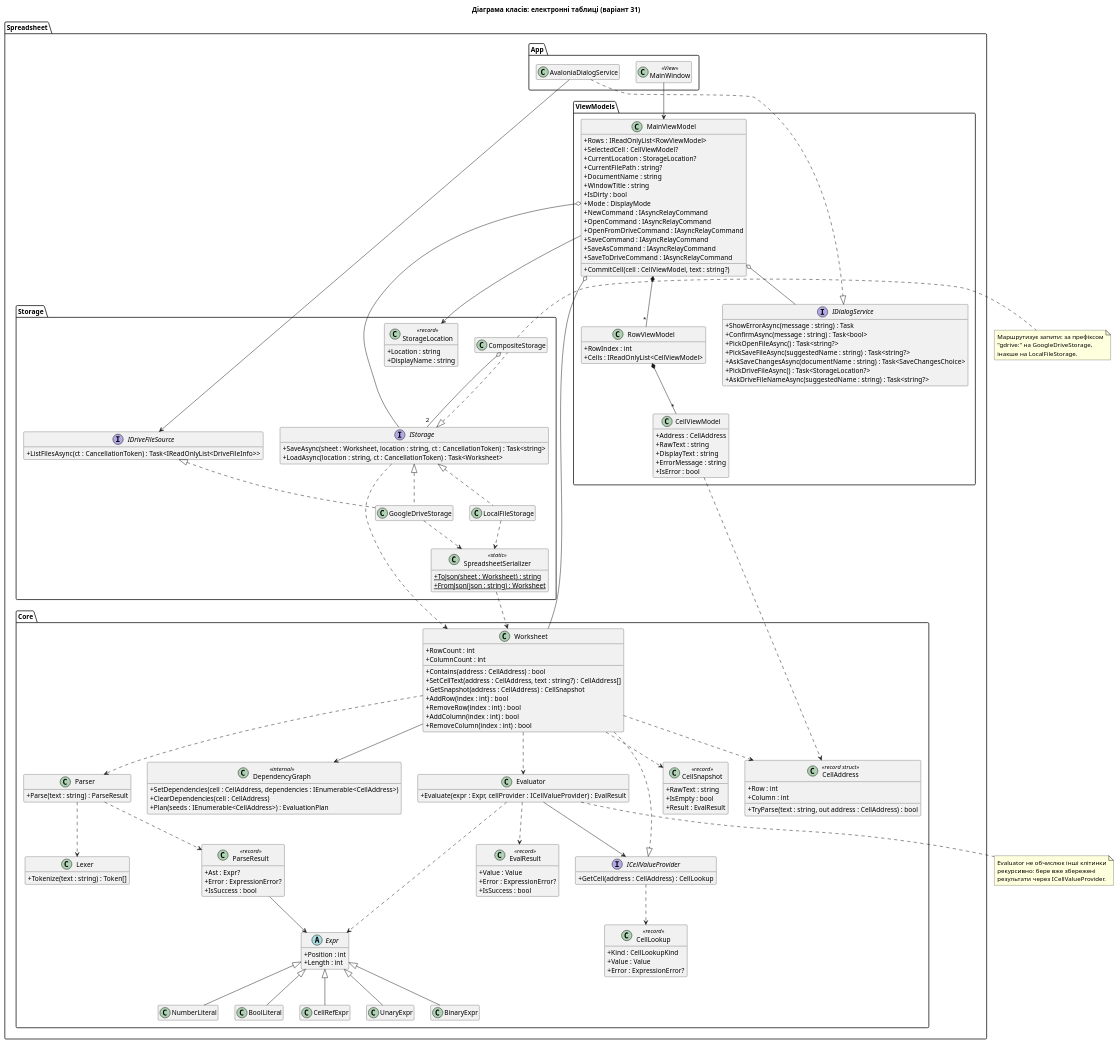
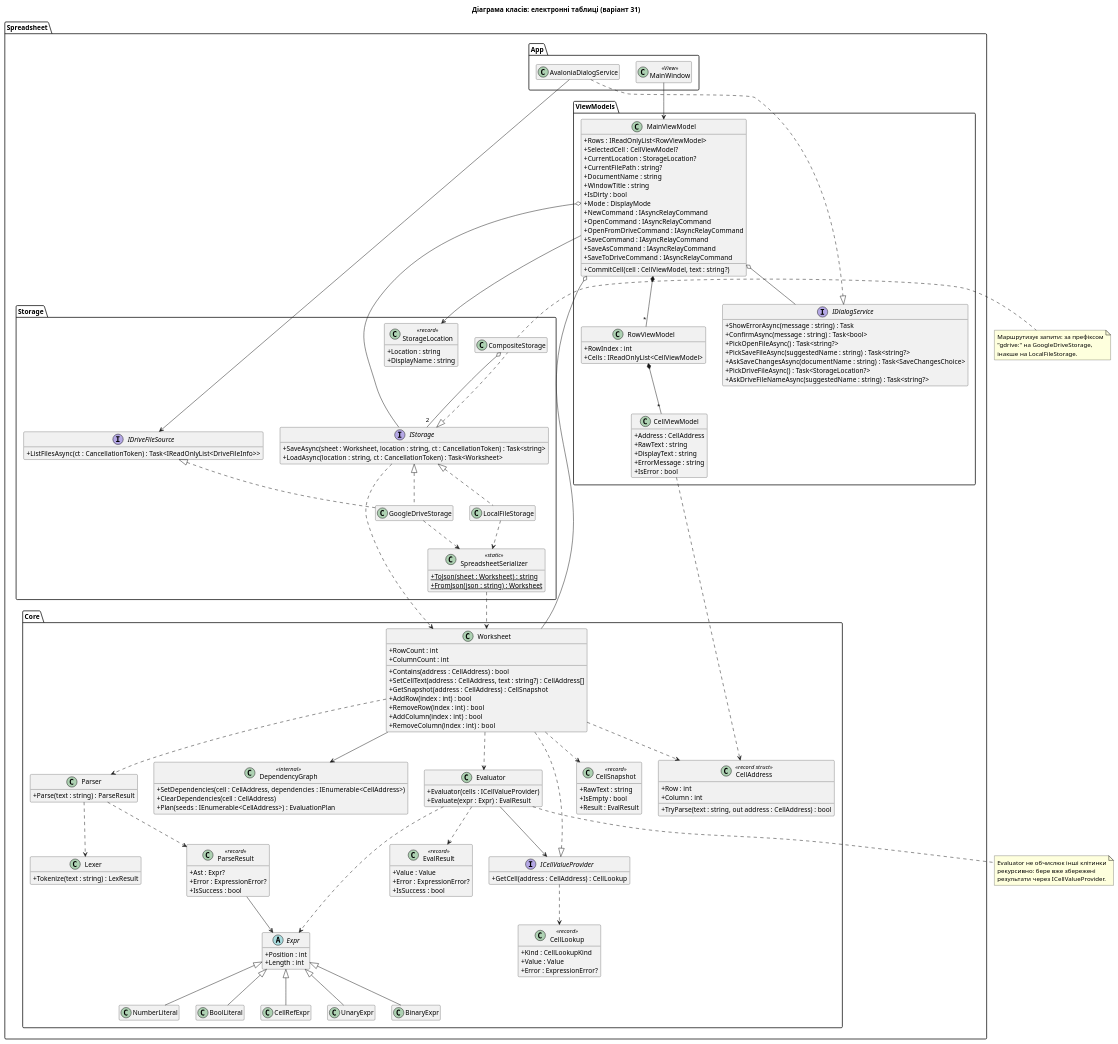
Before and after one commit to IMarkTop/lab1-SpreadsheetApp: the diagram in docs/class.puml, drawn with PlantUML. The commit also changed 2 other files, not shown here.

```diff
--- a/docs/class.puml
+++ b/docs/class.puml
@@ -6,7 +6,7 @@
 
 package "Spreadsheet.Core" {
   class Lexer {
-    +Tokenize(text : string) : Token[]
+    +Tokenize(text : string) : LexResult
   }
 
   class Parser {
@@ -30,7 +30,8 @@
   class BinaryExpr
 
   class Evaluator {
-    +Evaluate(expr : Expr, cellProvider : ICellValueProvider) : EvalResult
+    +Evaluator(cells : ICellValueProvider)
+    +Evaluate(expr : Expr) : EvalResult
   }
 
   interface ICellValueProvider {
```
